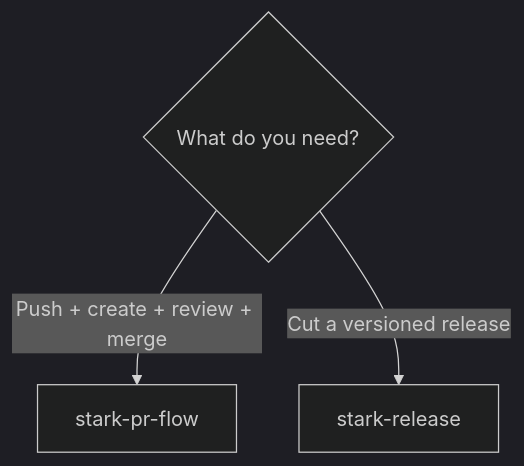
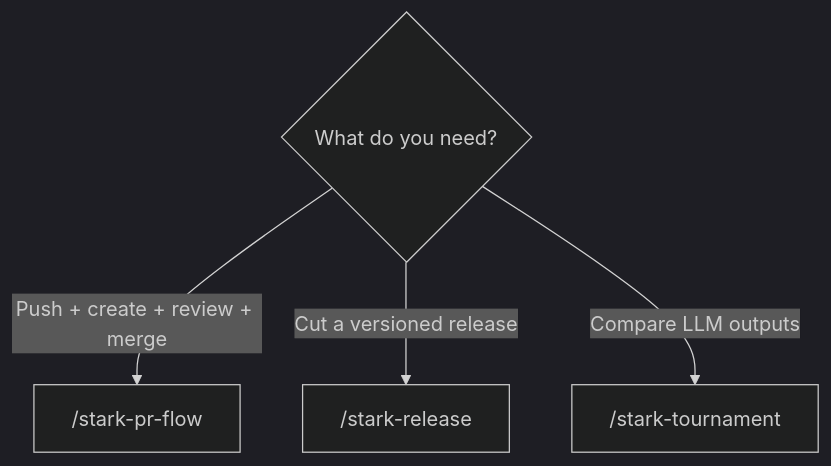
The fourth of 8 diagrams in docs/skills/README.md (21StarkCom/stark-skills), drawn with Mermaid (dark theme) before and after one commit. The commit also changed other lines of this file and 1 other file, not shown here.

````diff
--- a/docs/skills/README.md
+++ b/docs/skills/README.md
@@ -26,5 +75,6 @@
 ```mermaid
 graph TD
-    A{What do you need?} -->|Push + create + review + merge| B[stark-pr-flow]
-    A -->|Cut a versioned release| C[stark-release]
+    A{What do you need?} -->|Push + create + review + merge| B["/stark-pr-flow"]
+    A -->|Cut a versioned release| C["/stark-release"]
+    A -->|Compare LLM outputs| D["/stark-tournament"]
 ```
````
